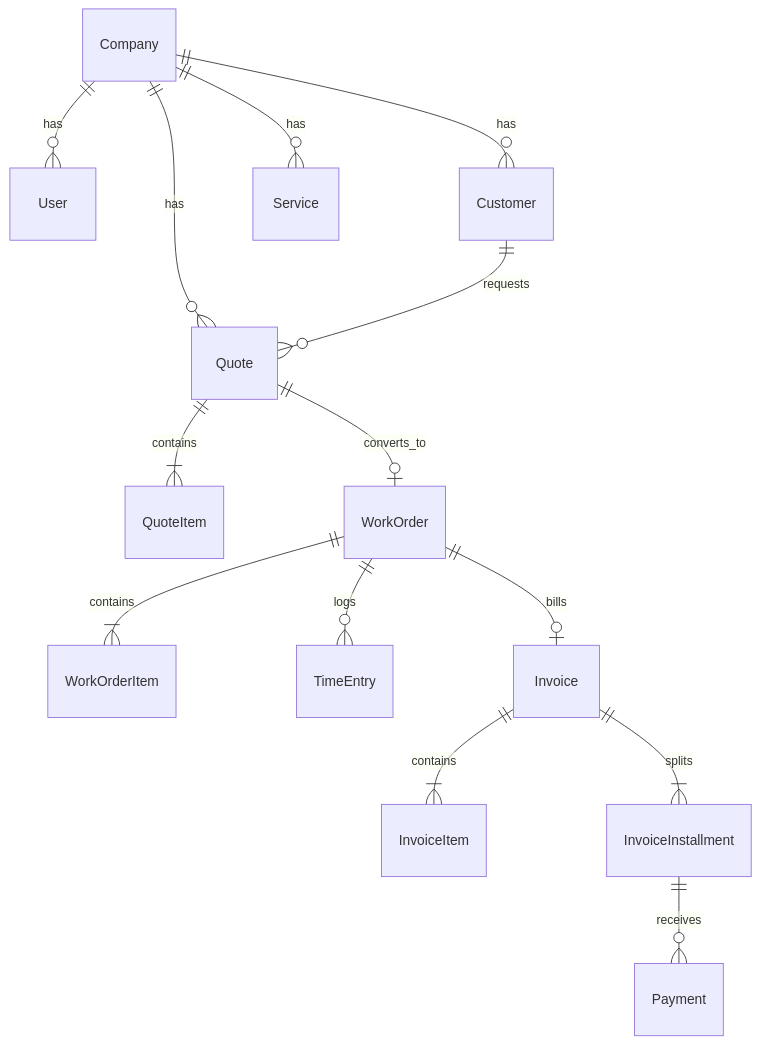
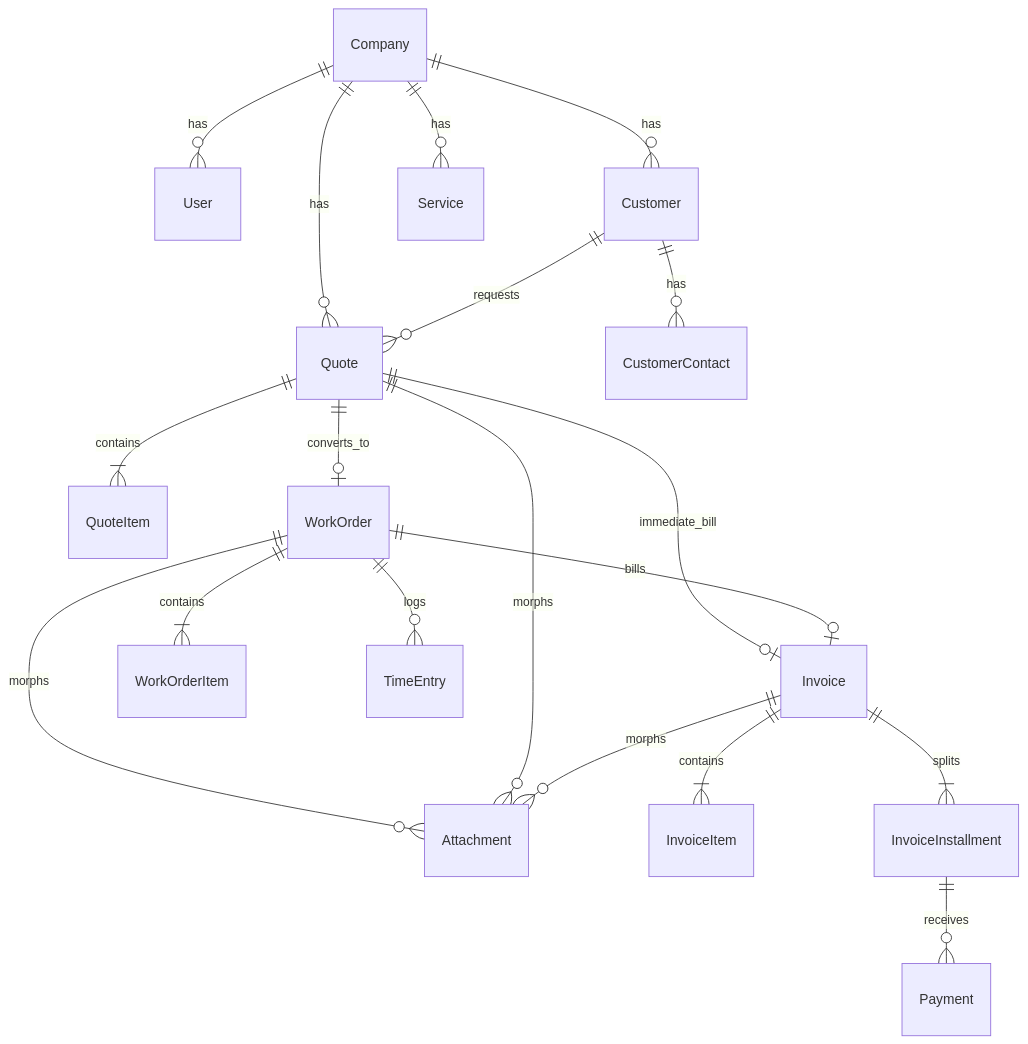
Before and after one commit to carlossong/cursor-erp: the second of 5 diagrams in docs/spec.md, drawn with Mermaid. The commit also changed other lines of this file, not shown here.

````diff
--- a/docs/spec.md
+++ b/docs/spec.md
@@ -218,16 +220,21 @@
 ```mermaid
 erDiagram
   Company ||--o{ User : has
   Company ||--o{ Customer : has
   Company ||--o{ Service : has
   Company ||--o{ Quote : has
+  Customer ||--o{ CustomerContact : has
   Customer ||--o{ Quote : requests
   Quote ||--|{ QuoteItem : contains
   Quote ||--o| WorkOrder : converts_to
+  Quote ||--o| Invoice : immediate_bill
   WorkOrder ||--|{ WorkOrderItem : contains
   WorkOrder ||--o{ TimeEntry : logs
+  WorkOrder ||--o{ Attachment : morphs
   WorkOrder ||--o| Invoice : bills
   Invoice ||--|{ InvoiceItem : contains
   Invoice ||--|{ InvoiceInstallment : splits
   InvoiceInstallment ||--o{ Payment : receives
+  Quote ||--o{ Attachment : morphs
+  Invoice ||--o{ Attachment : morphs
 ```
````
